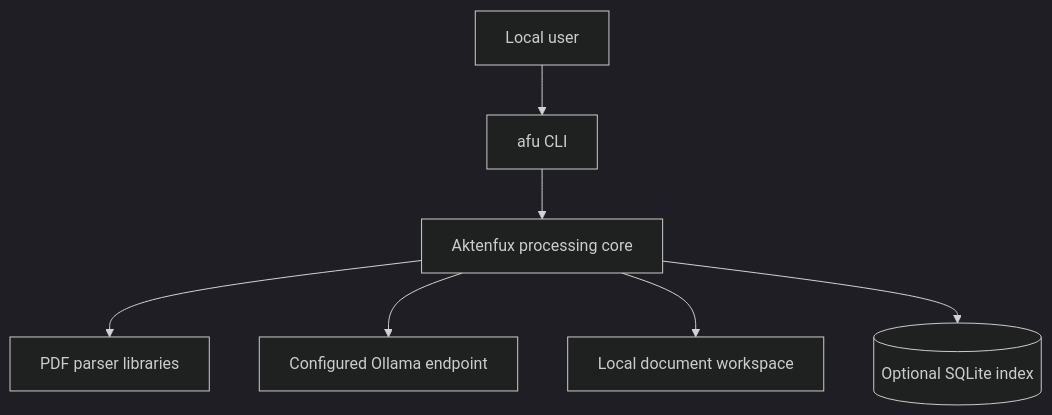
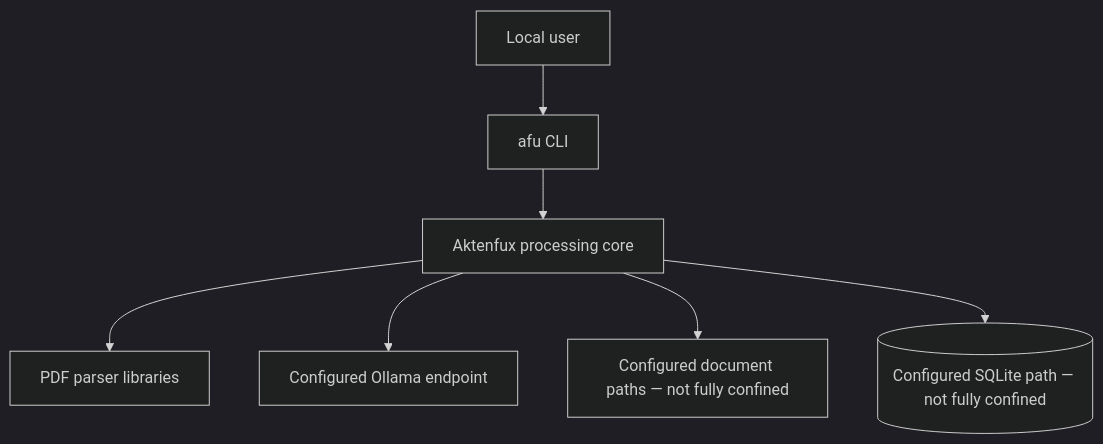
Before and after one commit to cgars/aktenfux: the first of 4 diagrams in docs/architecture.md, drawn with Mermaid (dark theme). The commit also changed other lines of this file and 6 other files, not shown here.

````diff
--- a/docs/architecture.md
+++ b/docs/architecture.md
@@ -49,9 +51,9 @@
 ```mermaid
 flowchart TD
     U["Local user"] --> CLI["afu CLI"]
     CLI --> CORE["Aktenfux processing core"]
     CORE --> PDF["PDF parser libraries"]
     CORE --> OLLAMA["Configured Ollama endpoint"]
-    CORE --> STORE["Local document workspace"]
-    CORE --> DB[("Optional SQLite index")]
+    CORE --> STORE["Configured document paths — not fully confined"]
+    CORE --> DB[("Configured SQLite path — not fully confined")]
 ```
````
